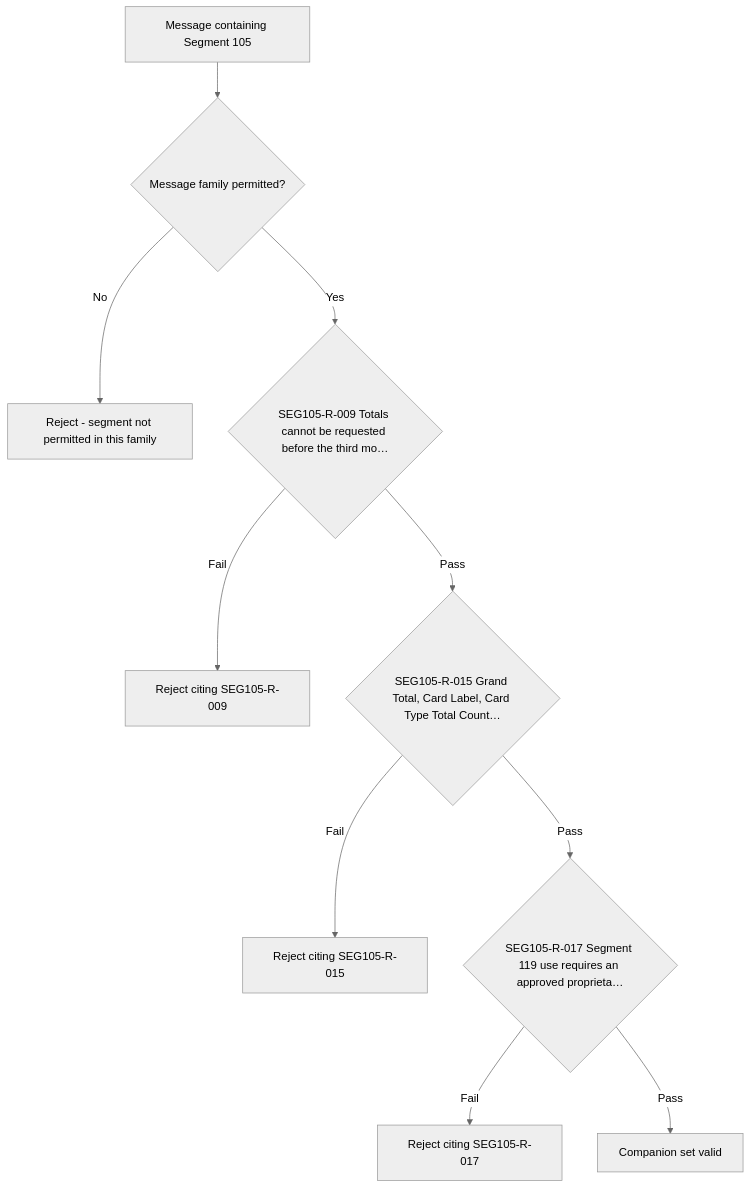
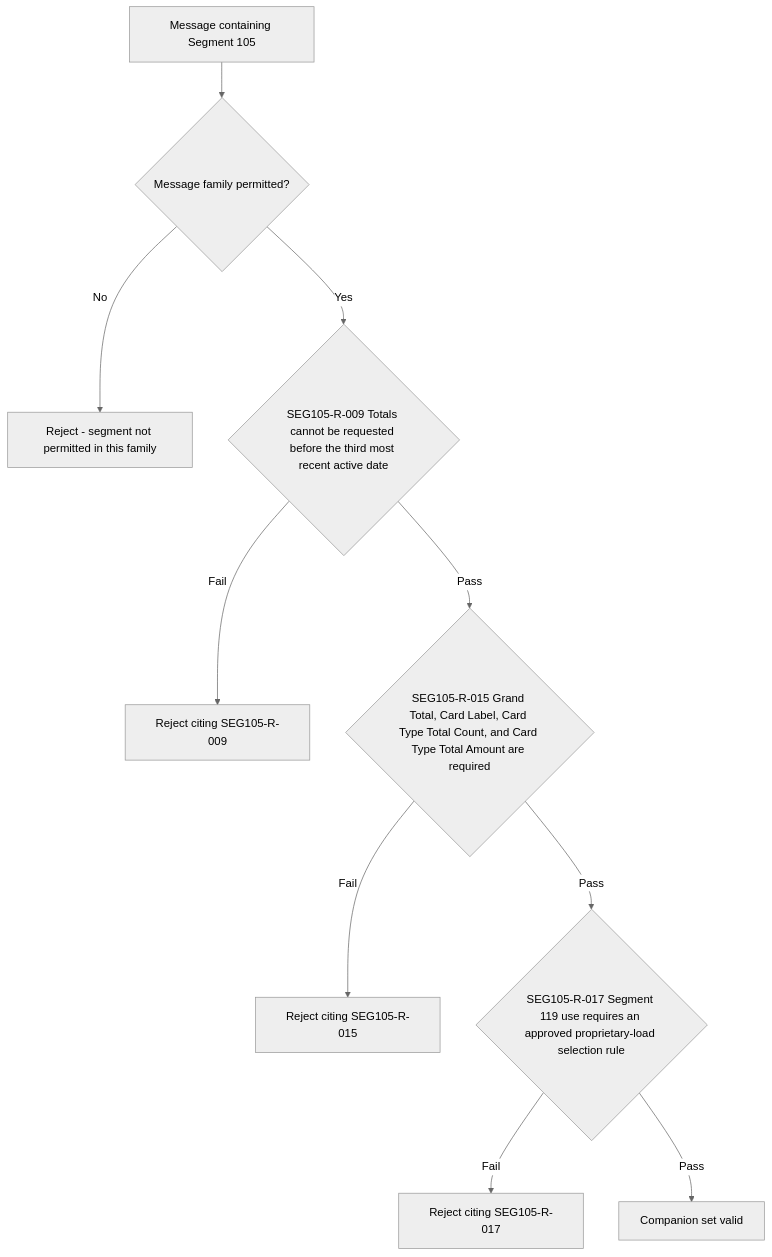
The diagram in regression-artifact-validator/specifications/ATL105/docs/specs/kb/segment-105/companion-compatibility/companion-segment-compatibility-flow.md (DhanSingh-hub/core-auth-ai-validation-framework), drawn with Mermaid (neutral theme) before and after one commit.

Commit message:
docs(segment-105): show full rule text in the companion-compatibility flow diagram
The companion-segment-compatibility flow truncated three rule titles with an ellipsis (for example 'SEG105-R-009 Totals cannot be requested before the third mo...'), hiding the acceptance condition. Reconstruct the full titles from segment-105-rule-catalog.json.

````diff
--- a/regression-artifact-validator/specifications/ATL105/docs/specs/kb/segment-105/companion-compatibility/companion-segment-compatibility-flow.md
+++ b/regression-artifact-validator/specifications/ATL105/docs/specs/kb/segment-105/companion-compatibility/companion-segment-compatibility-flow.md
@@ -3,12 +3,12 @@
 ```mermaid
 flowchart TD
     A[Message containing Segment 105] --> B{Message family permitted?}
     B -->|No| X[Reject - segment not permitted in this family]
-    B -->|Yes| C1{SEG105-R-009 Totals cannot be requested before the third mo…}
+    B -->|Yes| C1{SEG105-R-009 Totals cannot be requested before the third most recent active date}
     C1 -->|Fail| F1[Reject citing SEG105-R-009]
-    C1 -->|Pass| C2{SEG105-R-015 Grand Total, Card Label, Card Type Total Count…}
+    C1 -->|Pass| C2{SEG105-R-015 Grand Total, Card Label, Card Type Total Count, and Card Type Total Amount are required}
     C2 -->|Fail| F2[Reject citing SEG105-R-015]
-    C2 -->|Pass| C3{SEG105-R-017 Segment 119 use requires an approved proprieta…}
+    C2 -->|Pass| C3{SEG105-R-017 Segment 119 use requires an approved proprietary-load selection rule}
     C3 -->|Fail| F3[Reject citing SEG105-R-017]
     C3 -->|Pass| Z[Companion set valid]
 ```
````
